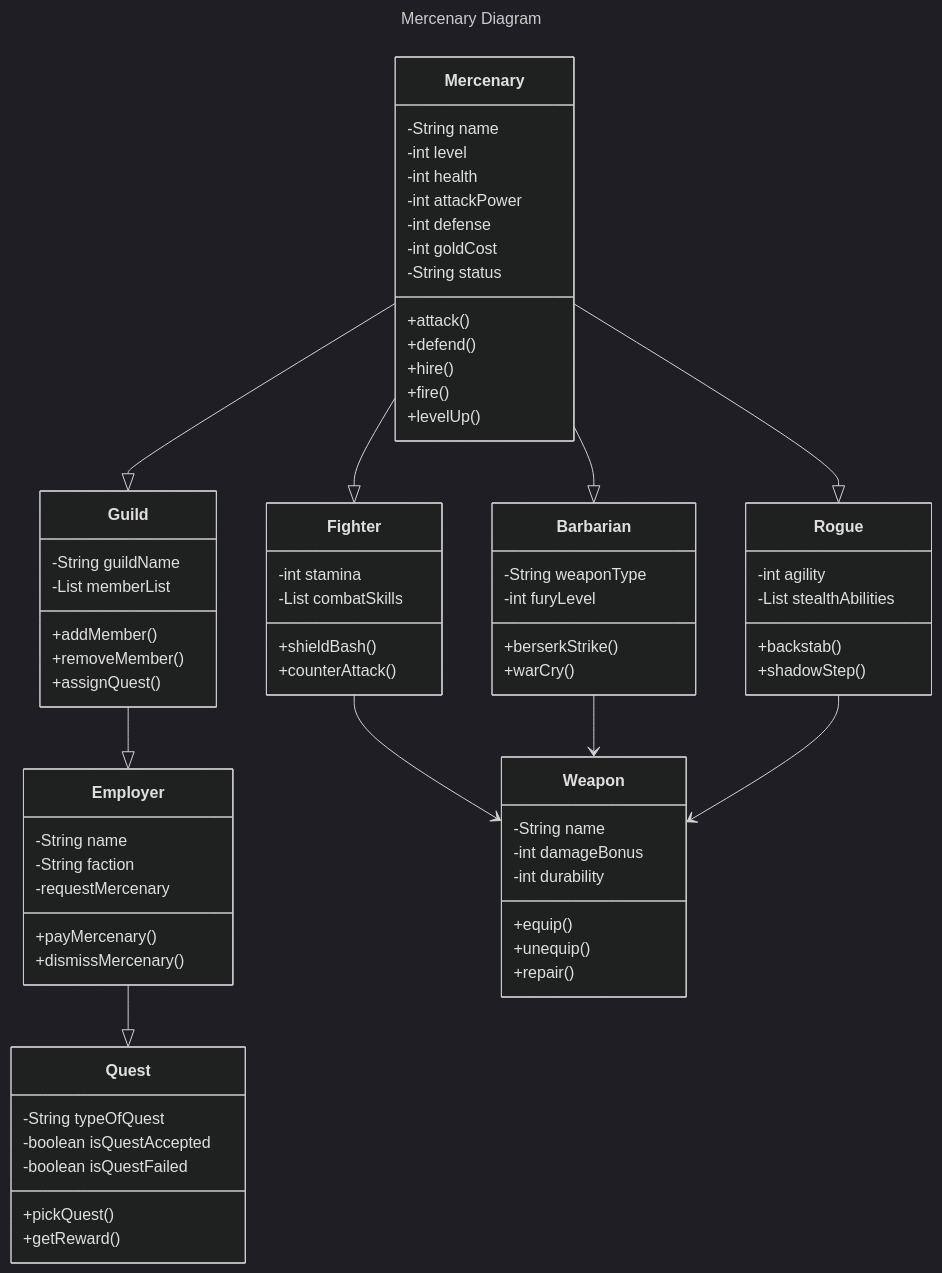
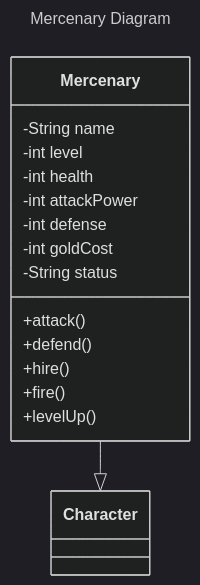
Before and after one commit to pacalso-jjc/2425-2nd-cc3-1b-rpg: the diagram in wiki/Class-Diagram.md, drawn with Mermaid (dark theme).

Commit message:
I removed some unecessary class

````diff
--- a/wiki/Class-Diagram.md
+++ b/wiki/Class-Diagram.md
@@ -4,83 +4,22 @@
 ---
 
 classDiagram
-    direction TB
+direction TB
     class Mercenary {
-        -String name
-        -int level
-        -int health
-        -int attackPower
-        -int defense
-        -int goldCost
-        -String status
-        +attack()
-        +defend()
-        +hire()
-        +fire()
-        +levelUp()
+	    -String name
+	    -int level
+	    -int health
+	    -int attackPower
+	    -int defense
+	    -int goldCost
+	    -String status
+	    +attack()
+	    +defend()
+	    +hire()
+	    +fire()
+	    +levelUp()
     }
 
-    class Fighter {
-        -int stamina
-        -List combatSkills
-        +shieldBash()
-        +counterAttack()
-    }
+    Mercenary --|> Character
 
-    class Barbarian {
-        -String weaponType
-        -int furyLevel
-        +berserkStrike()
-        +warCry()
-    }
-
-    class Rogue {
-        -int agility
-        -List stealthAbilities
-        +backstab()
-        +shadowStep()
-    }
-
-    class Employer {
-        -String name
-        -String faction
-        -requestMercenary
-        +payMercenary()
-        +dismissMercenary()
-    }
-
-    class Weapon {
-        -String name
-        -int damageBonus
-        -int durability
-        +equip()
-        +unequip()
-        +repair()
-    }
-
-    class Guild {
-        -String guildName
-        -List memberList
-        +addMember()
-        +removeMember()
-        +assignQuest()
-    }
-
-    class Quest {
-        -String typeOfQuest
-        -boolean isQuestAccepted
-        -boolean isQuestFailed
-        +pickQuest()
-        +getReward()
-    }
-
-    Mercenary --|> Fighter
-    Mercenary --|> Barbarian
-    Mercenary --|> Rogue
-    Mercenary --|> Guild
-    Guild --|> Employer
-    Employer --|> Quest
-    Fighter --> Weapon
-    Barbarian --> Weapon
-    Rogue --> Weapon
 ```
````
